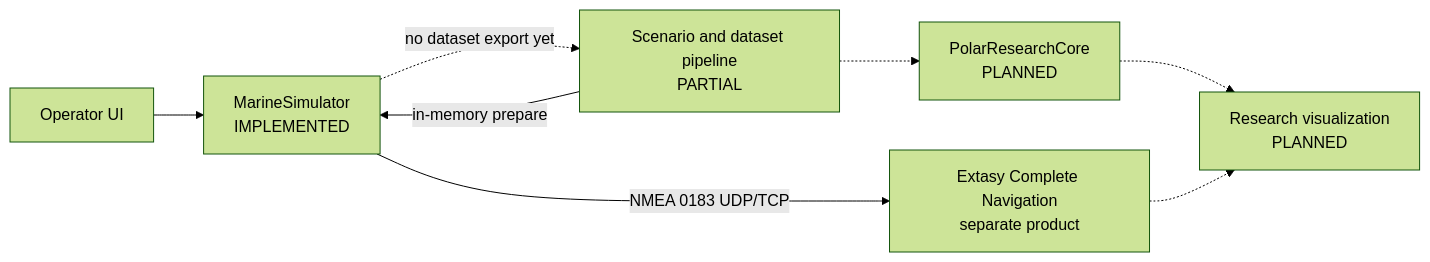
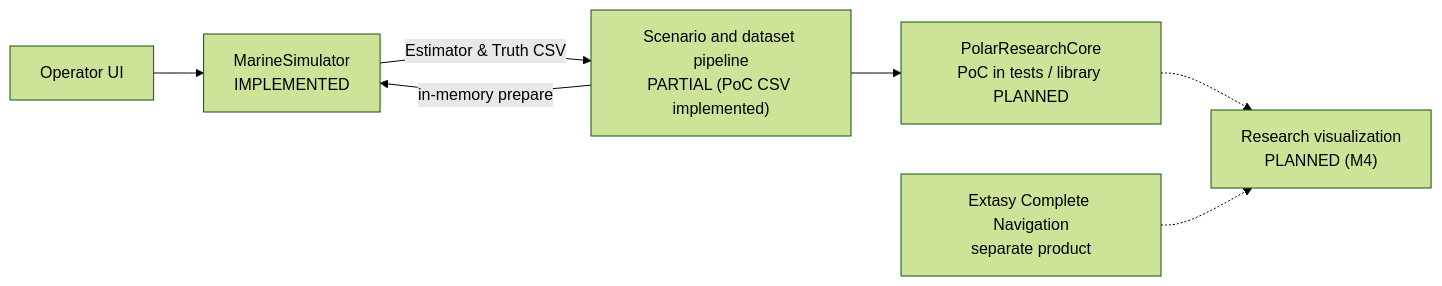
The diagram in .agent/architecture/system-context.md (bacataBorisov/MarineSimulator), drawn with Mermaid (forest theme) before and after one commit. The commit also changed other lines of this file and 7 other files, not shown here.

Commit message:
Sync remaining architecture, instrument, and context docs with M3 state

````diff
--- a/.agent/architecture/system-context.md
+++ b/.agent/architecture/system-context.md
@@ -7,17 +7,16 @@
 ```mermaid
 flowchart LR
   operator["Operator UI"]
   sim["MarineSimulator\nIMPLEMENTED"]
-  scenario["Scenario and dataset pipeline\nPARTIAL"]
-  core["PolarResearchCore\nPLANNED"]
-  viz["Research visualization\nPLANNED"]
+  scenario["Scenario and dataset pipeline\nPARTIAL (PoC CSV implemented)"]
+  core["PolarResearchCore\nPoC in tests / library PLANNED"]
+  viz["Research visualization\nPLANNED (M4)"]
   extasy["Extasy Complete Navigation\nseparate product"]
 
   operator --> sim
   scenario -->|"in-memory prepare"| sim
-  sim -->|"NMEA 0183 UDP/TCP"| extasy
-  sim -.->|"no dataset export yet"| scenario
-  scenario -.-> core
+  sim -->|"Estimator & Truth CSV"| scenario
+  scenario --> core
   core -.-> viz
   extasy -.-> viz
 ```
````
